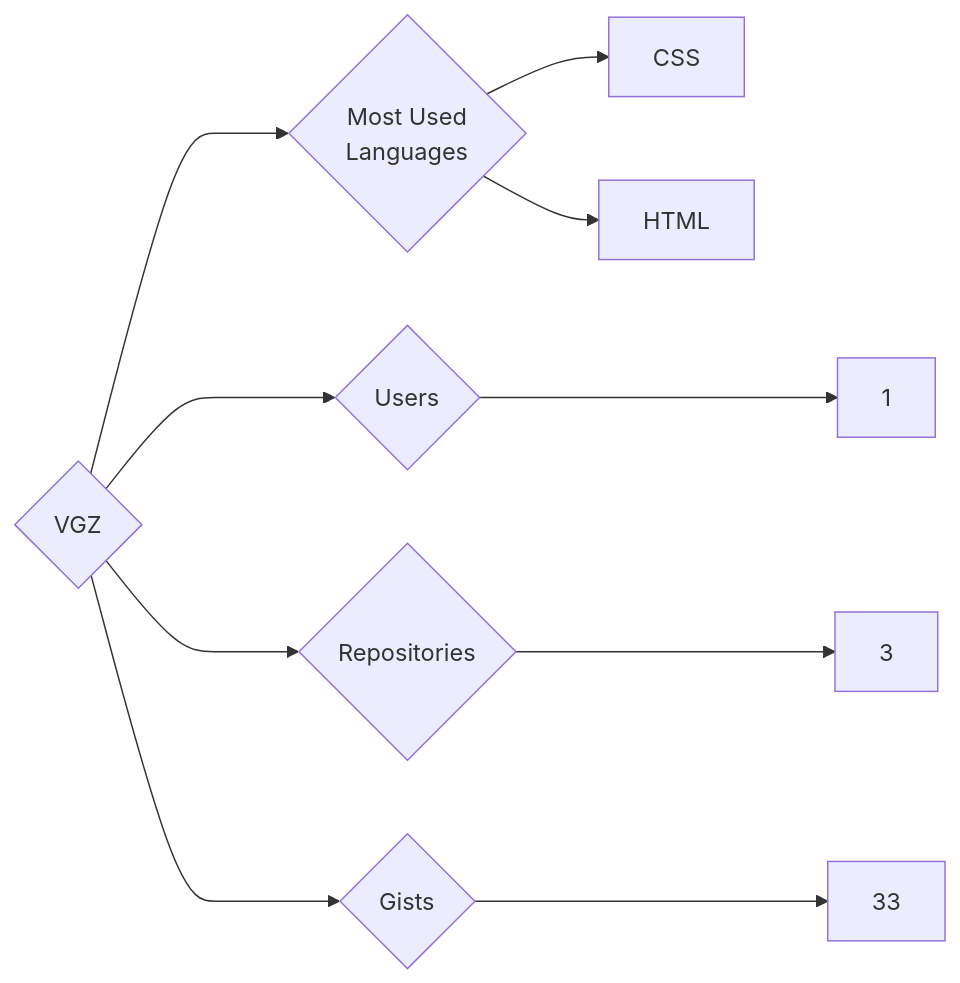
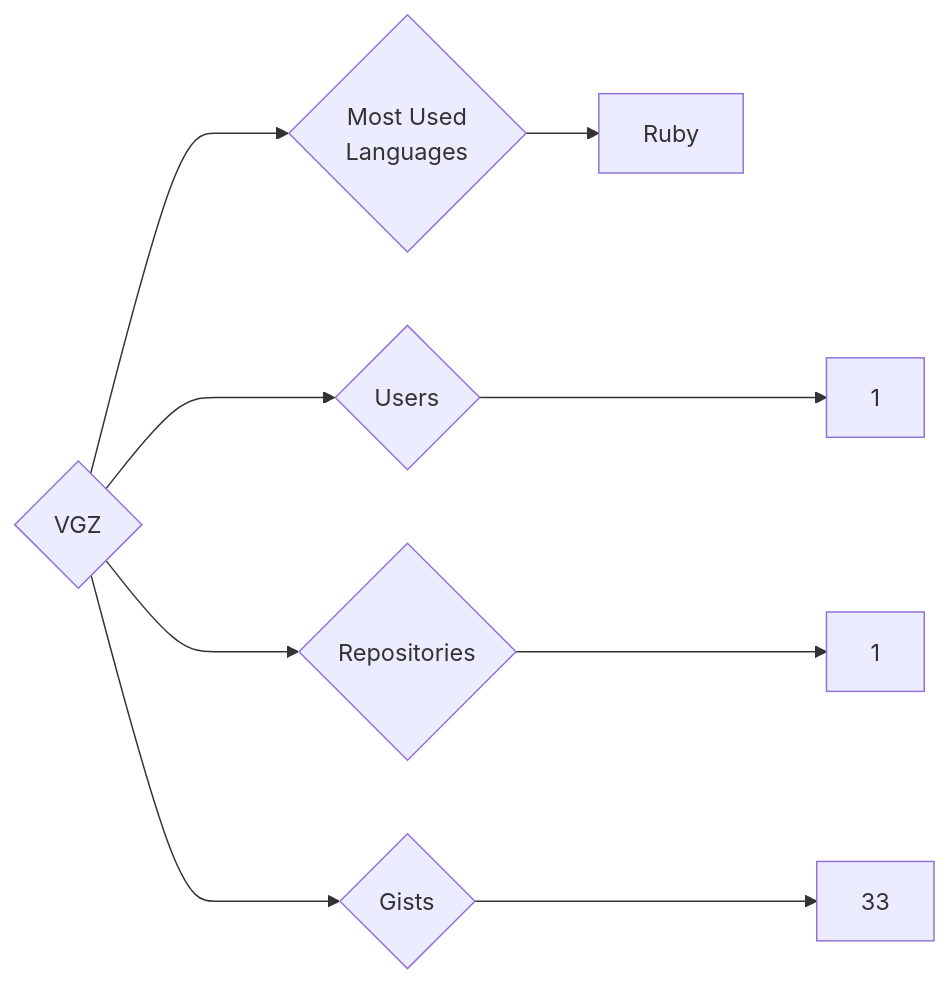
The diagram in targets/VGZ/README.md (trickest/insiders), drawn with Mermaid before and after one commit. The commit also changed 1496 other files, not shown here.

````diff
--- a/targets/VGZ/README.md
+++ b/targets/VGZ/README.md
@@ -3,10 +3,9 @@
 ```mermaid
 graph LR
 COMPANY_NAME{VGZ}
 COMPANY_NAME ---> U{Users} ---> UN[1]
-COMPANY_NAME ---> R{Repositories} ---> RN[3]
+COMPANY_NAME ---> R{Repositories} ---> RN[1]
 COMPANY_NAME ---> G{Gists} ---> GN[33]
 COMPANY_NAME ---> ML{Most Used<br>Languages}
-ML --> CSS[CSS]
-ML --> HTML[HTML]
+ML --> Ruby[Ruby]
 ```
````
